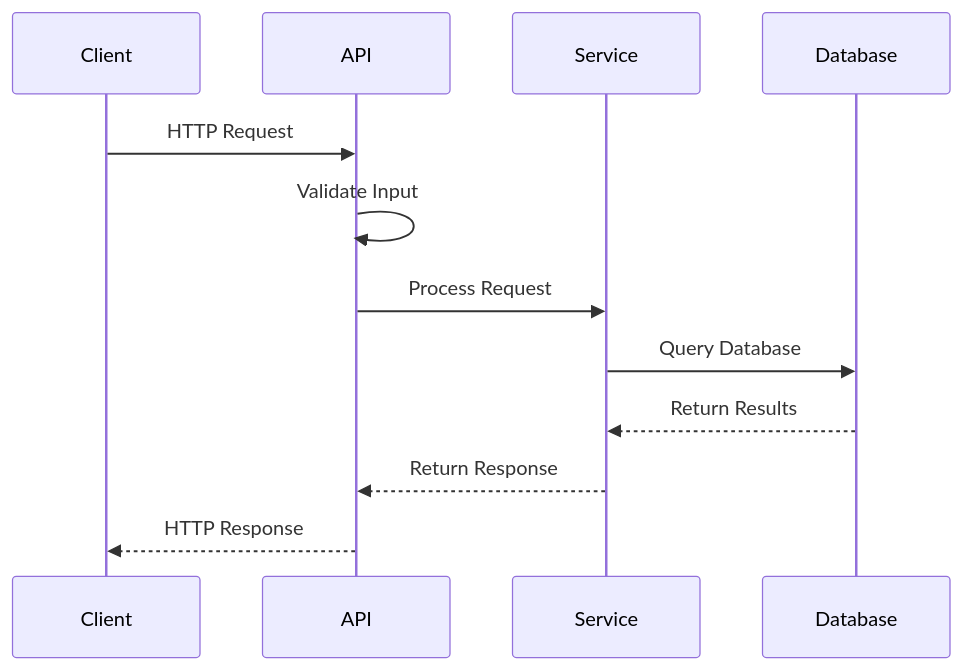
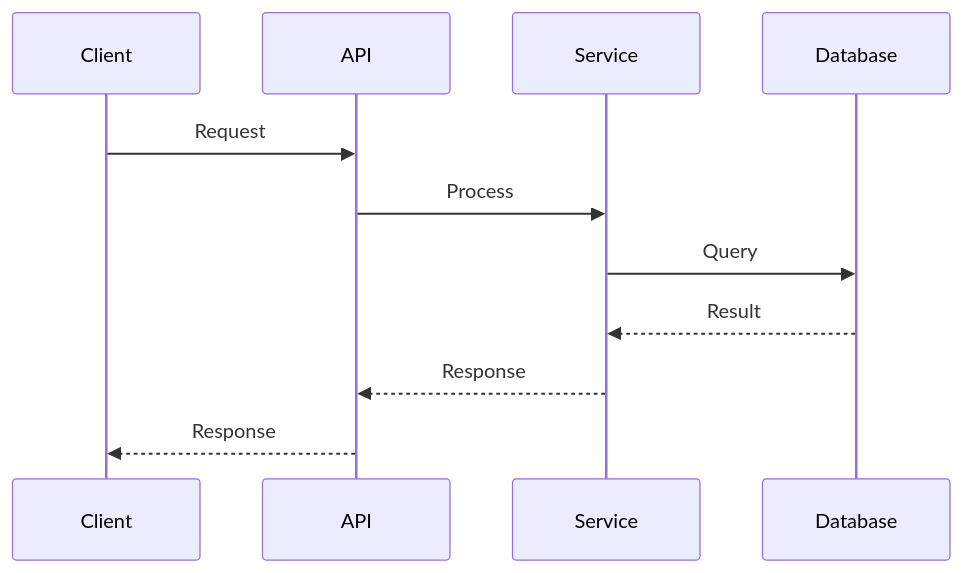
One commit to himanshu231204/agent-skills changed the second of 2 diagrams in templates/ARCHITECTURE.md. Above: the diagram before and after it, drawn with Mermaid. The commit also changed other lines of this file and 31 other files, not shown here.

````diff
--- a/templates/ARCHITECTURE.md
+++ b/templates/ARCHITECTURE.md
@@ -120,15 +62,14 @@
 ```mermaid
 sequenceDiagram
     participant C as Client
     participant A as API
     participant S as Service
     participant D as Database
-    
-    C->>A: HTTP Request
-    A->>A: Validate Input
-    A->>S: Process Request
-    S->>D: Query Database
-    D-->>S: Return Results
-    S-->>A: Return Response
-    A-->>C: HTTP Response
+
+    C->>A: Request
+    A->>S: Process
+    S->>D: Query
+    D-->>S: Result
+    S-->>A: Response
+    A-->>C: Response
 ```
````
